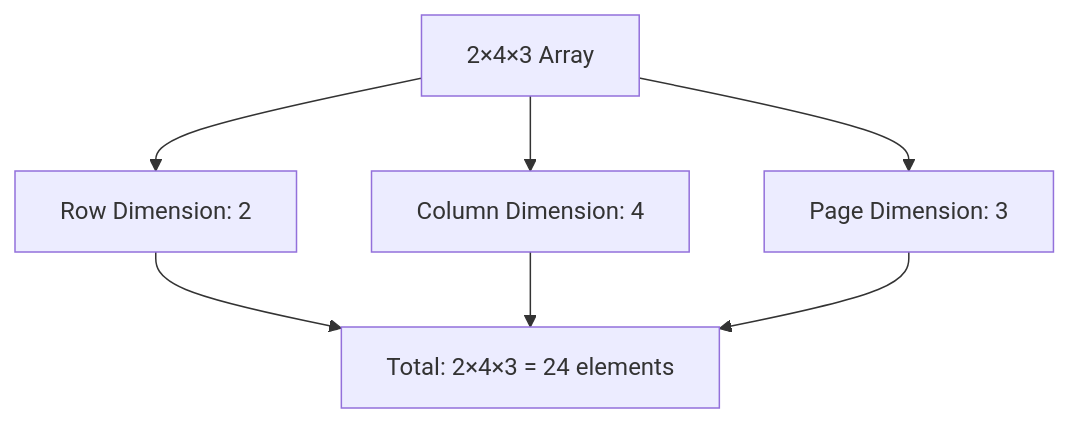
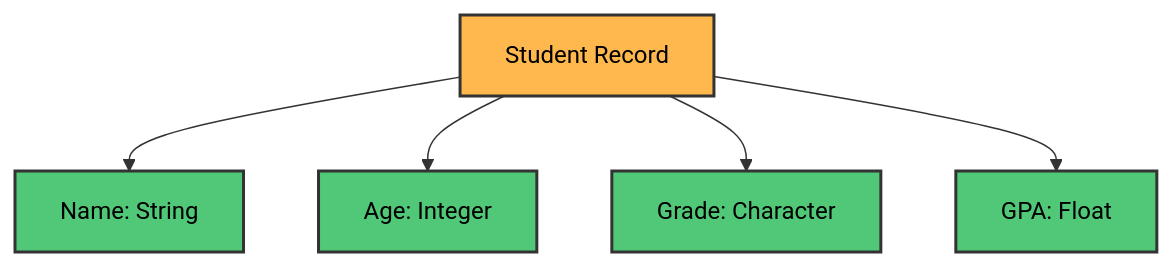
Diagram 13 of 15 in Chapter 4 - Arrays, Records and Pointers/README.md (M-F-Tushar/CSE-2101-Data-Structure), drawn with Mermaid before and after one commit. The commit also changed other lines of this file, not shown here.

````diff
--- a/Chapter 4 - Arrays, Records and Pointers/README.md
+++ b/Chapter 4 - Arrays, Records and Pointers/README.md
@@ -1625,9 +1079,13 @@
 ```mermaid
 graph TD
-    A[2×4×3 Array] --> B[Row Dimension: 2]
-    A --> C[Column Dimension: 4]
-    A --> D[Page Dimension: 3]
-    B --> E[Total: 2×4×3 = 24 elements]
-    C --> E
-    D --> E
+    A[Student Record] --> B[Name: String]
+    A --> C[Age: Integer]
+    A --> D[Grade: Character]
+    A --> E[GPA: Float]
+    
+    style A fill:#FFB84D,stroke:#333,stroke-width:2px,color:#000
+    style B fill:#50C878,stroke:#333,stroke-width:2px,color:#000
+    style C fill:#50C878,stroke:#333,stroke-width:2px,color:#000
+    style D fill:#50C878,stroke:#333,stroke-width:2px,color:#000
+    style E fill:#50C878,stroke:#333,stroke-width:2px,color:#000
 ```
````
